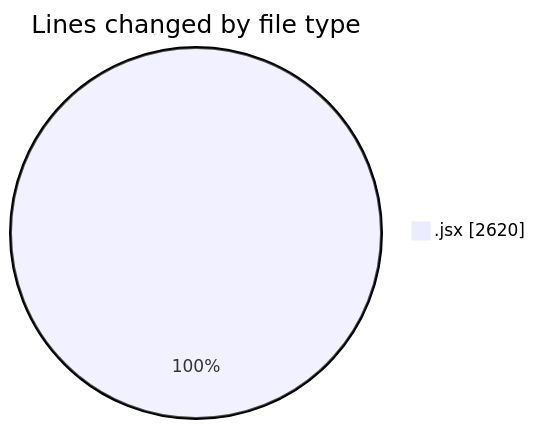
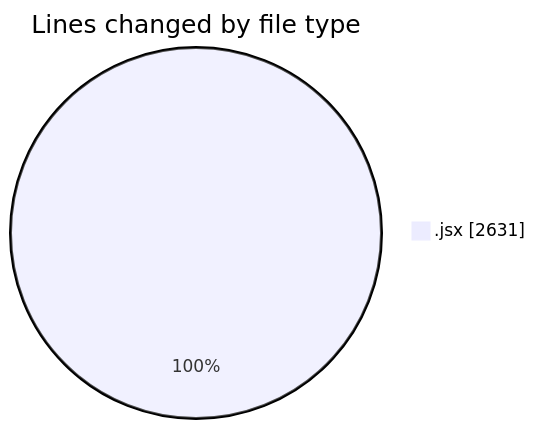
One commit to nxtqubesakshisongat/code-tracking changed the first of 2 diagrams in 2025-05-27/nxtqube_webapp/README.md. Above: the diagram before and after it, drawn with Mermaid. The commit also changed other lines of this file and 1 other file, not shown here.

````diff
--- a/2025-05-27/nxtqube_webapp/README.md
+++ b/2025-05-27/nxtqube_webapp/README.md
@@ -22,5 +22,5 @@
 ```mermaid
 pie showData
 title Lines changed by file type
-".jsx" : 2620
+".jsx" : 2631
 ```
````
